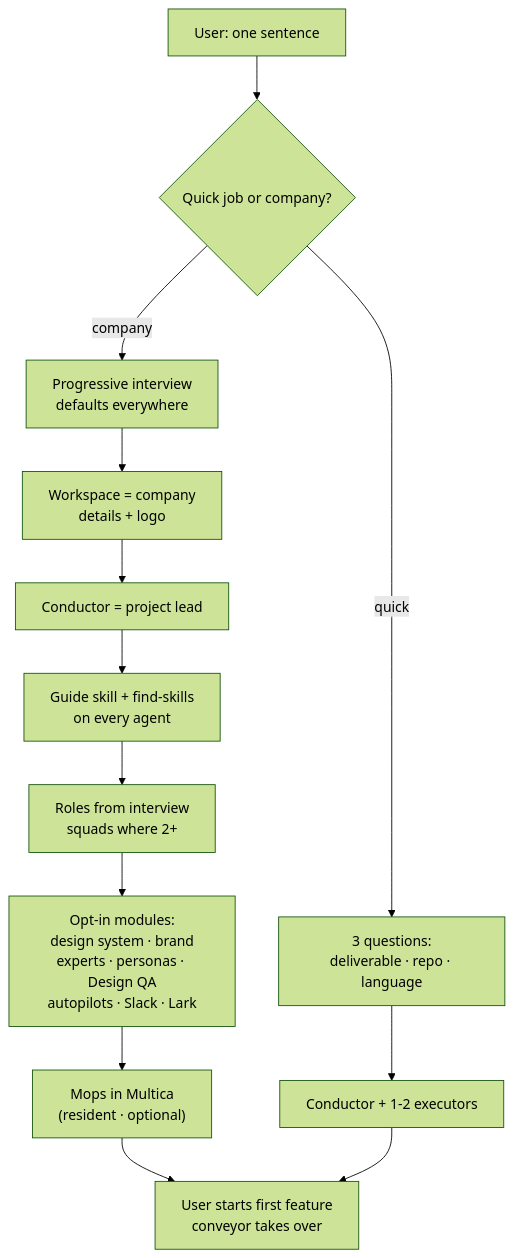
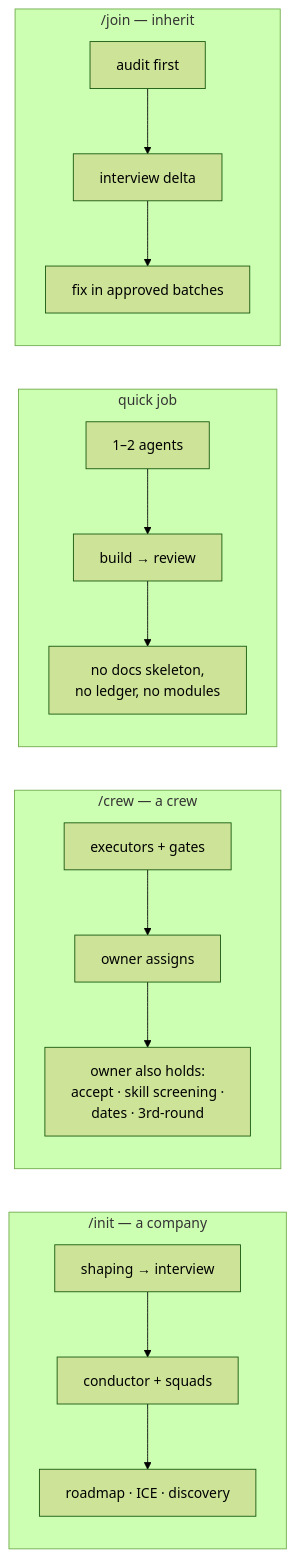
Before and after one commit to jamillazarev/multica-ops: the second of 8 diagrams in WORKFLOW.md, drawn with Mermaid (forest theme). The commit also changed other lines of this file and 26 other files, not shown here.

````diff
--- a/WORKFLOW.md
+++ b/WORKFLOW.md
@@ -16,14 +42,15 @@
 ```mermaid
-flowchart TD
-    U["User: one sentence"] --> Q{"Quick job or company?"}
-    Q -->|quick| QJ["3 questions:<br/>deliverable · repo · language"] --> MINI["Conductor + 1-2 executors"]
-    Q -->|company| INT["Progressive interview<br/>defaults everywhere"]
-    INT --> WS["Workspace = company<br/>details + logo"]
-    WS --> CON["Conductor = project lead"]
-    CON --> GUIDE["Guide skill + find-skills<br/>on every agent"]
-    GUIDE --> ROLES["Roles from interview<br/>squads where 2+"]
-    ROLES --> OPT["Opt-in modules:<br/>design system · brand<br/>experts · personas · Design QA<br/>autopilots · Slack · Lark"]
-    OPT --> RES["Mops in Multica<br/>(resident · optional)"]
-    RES --> GO["User starts first feature<br/>conveyor takes over"]
-    MINI --> GO
+flowchart LR
+    subgraph INIT["/init — a company"]
+        I1["shaping → interview"] --> I2["conductor + squads"] --> I3["roadmap · ICE · discovery"]
+    end
+    subgraph CREW["/crew — a crew"]
+        C1["executors + gates"] --> C2["owner assigns"] --> C3["owner also holds:<br/>accept · skill screening ·<br/>dates · 3rd-round"]
+    end
+    subgraph QJ["quick job"]
+        J1["1–2 agents"] --> J2["build → review"] --> J3["no docs skeleton,<br/>no ledger, no modules"]
+    end
+    subgraph JOIN["/join — inherit"]
+        N1["audit first"] --> N2["interview delta"] --> N3["fix in approved batches"]
+    end
 ```
````
